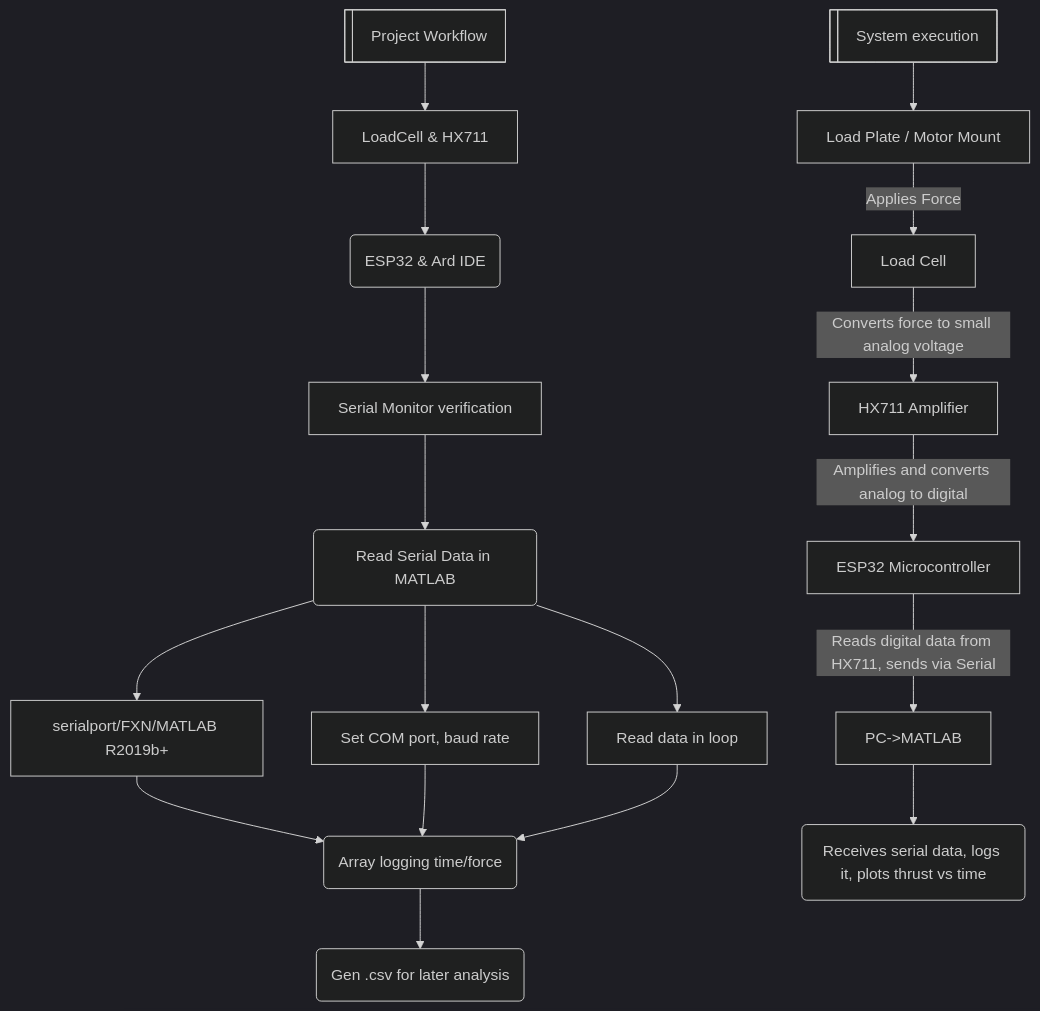
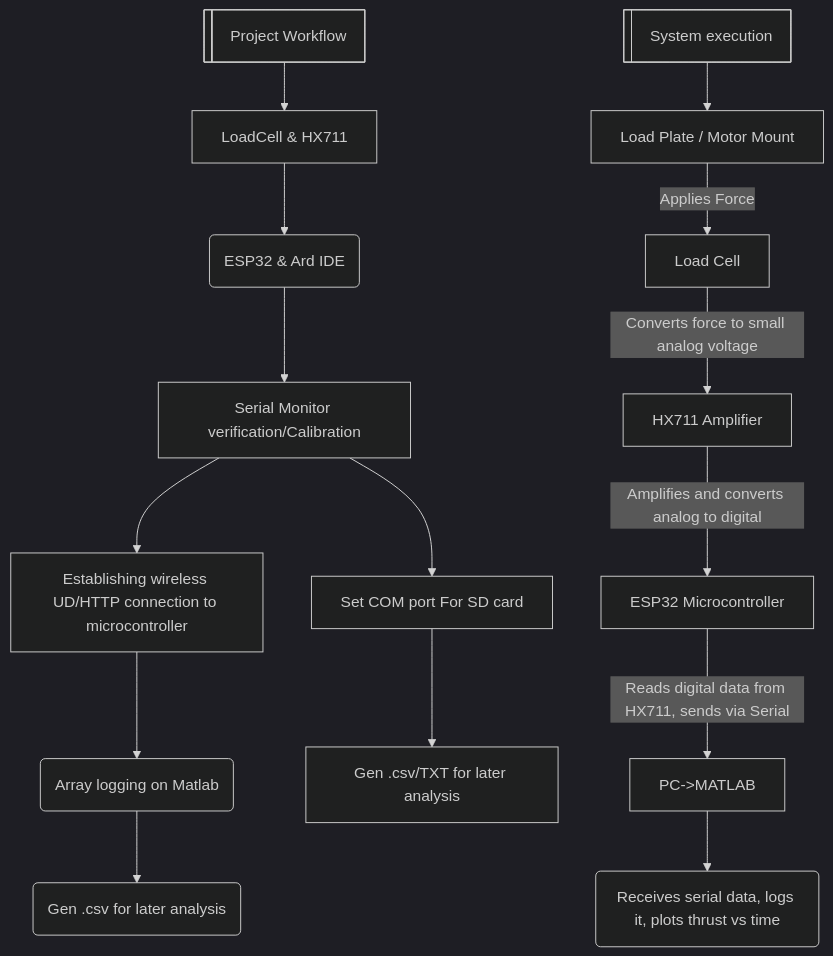
One commit to TF-141-0/IITKRaSET_axial_thrust-Load-cell_amp-plot changed the diagram in README.md. Above: the diagram before and after it, drawn with Mermaid (dark theme).

````diff
--- a/README.md
+++ b/README.md
@@ -4,22 +4,19 @@
 ```mermaid
 flowchart TD
     LIP[Project Workflow] -->B
     B[LoadCell & HX711] --> C(ESP32 & Ard IDE)
-    C --> D[Serial Monitor verification]
-    D --> E(Read Serial Data in MATLAB)
-    E --> F[serialport/FXN/MATLAB R2019b+]
-    E --> G[Set COM port, baud rate]
-    E --> H[Read data in loop]
-    F --> I(Array logging time/force)
-    G --> I
-    H --> I
+    C --> D[Serial Monitor verification/Calibration]
+    D --> F[Establishing wireless UD/HTTP connection to microcontroller]
+    D --> G[Set COM port For SD card]
+    F --> I(Array logging on Matlab)
+    G --> H[Gen .csv/TXT for later analysis]
     I --> J(Gen .csv for later analysis)
 LIP@{ shape: lin-proc}
     LIP2[System execution] --> LP
     LP[ Load Plate / Motor Mount ] --> |Applies Force|AF[ Load Cell ]
      AF -->|Converts force to small analog voltage|HX[HX711 Amplifier]
      HX -->|Amplifies and converts analog to digital|ESP[ ESP32 Microcontroller ]
      ESP -->|Reads digital data from HX711, sends via Serial|MT[ PC->MATLAB ]
      MT -->SX(Receives serial data, logs it, plots thrust vs time)
 LIP2@{ shape: lin-proc}
   ```
````
